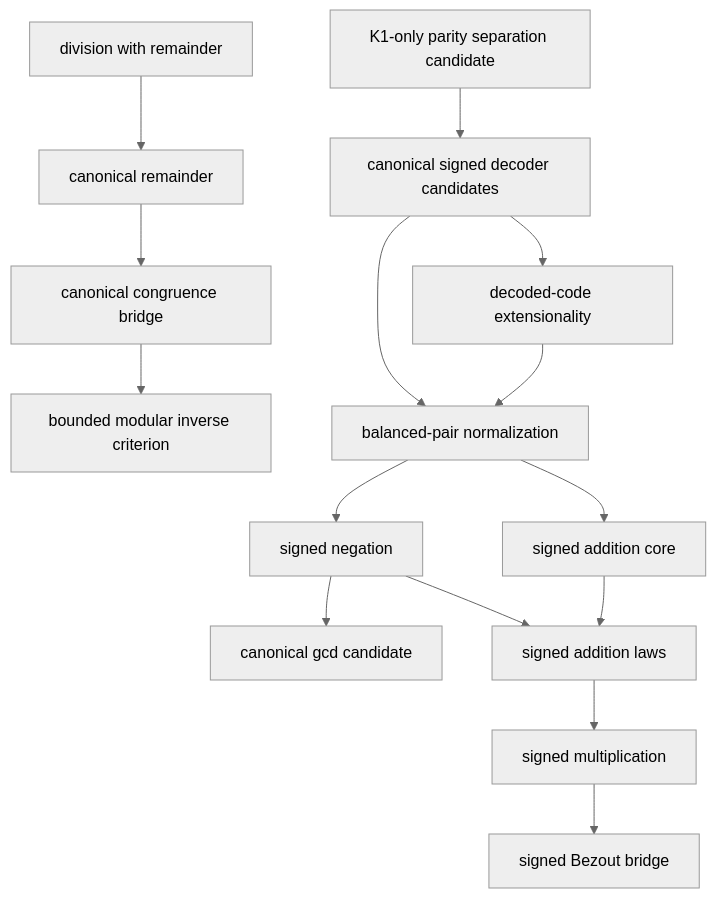
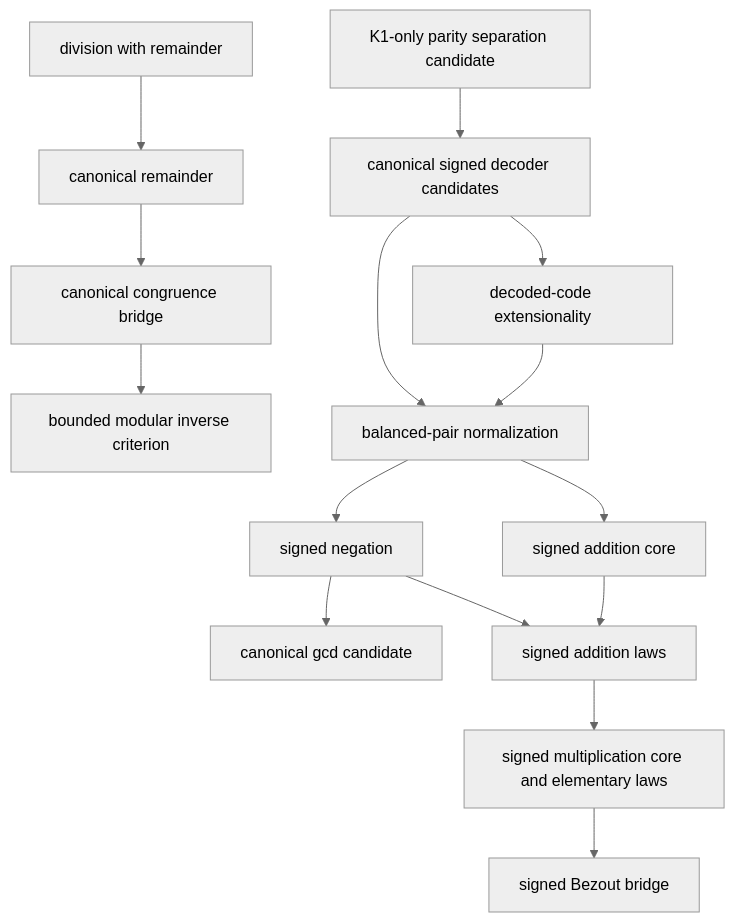
Before and after one commit to nasqret/vietnam2026: the diagram in vault/concepts/strict-ha-number-theory-campaign.md, drawn with Mermaid (neutral theme). The commit also changed other lines of this file and 11 other files, not shown here.

Commit message:
Close elementary strict HA SignedMul laws

````diff
--- a/vault/concepts/strict-ha-number-theory-campaign.md
+++ b/vault/concepts/strict-ha-number-theory-campaign.md
@@ -31,17 +31,17 @@
 ```mermaid
 flowchart TD
   D[division with remainder] --> R[canonical remainder]
   R --> C[canonical congruence bridge]
   C --> I[bounded modular inverse criterion]
   G[relational IsGCD] --> CG[canonical gcd candidate]
   P[K1-only parity separation candidate] --> S[canonical signed decoder candidates]
   S --> E[decoded-code extensionality]
   S --> N[balanced-pair normalization]
   E --> N
   N --> G[signed negation]
   N --> A[signed addition core]
   G --> L[signed addition laws]
   A --> L
-  L --> M[signed multiplication]
+  L --> M[signed multiplication core and elementary laws]
   M --> B[signed Bezout bridge]
 ```
````
